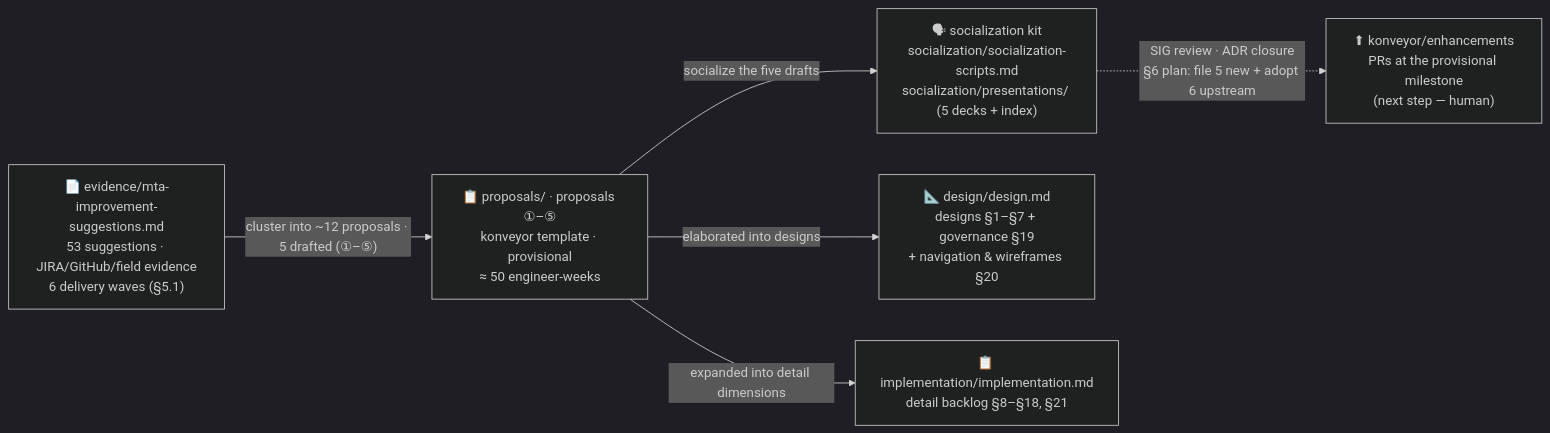
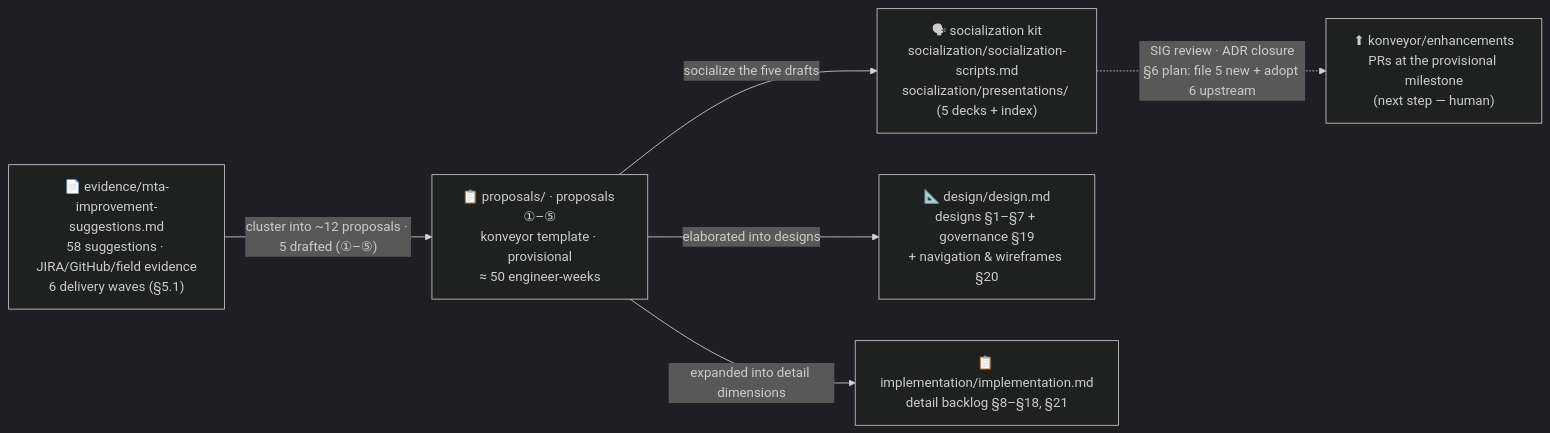
Before and after one commit to jcordes73/mta-enhancements: the diagram in README.md, drawn with Mermaid (dark theme). The commit also changed other lines of this file and 29 other files, not shown here.

````diff
--- a/README.md
+++ b/README.md
@@ -18,15 +18,15 @@
 ```mermaid
 flowchart LR
-    A["📄 evidence/mta-improvement-suggestions.md<br/>53 suggestions · JIRA/GitHub/field evidence<br/>6 delivery waves (§5.1)"]
+    A["📄 evidence/mta-improvement-suggestions.md<br/>58 suggestions · JIRA/GitHub/field evidence<br/>6 delivery waves (§5.1)"]
     C["📋 proposals/ · proposals ①–⑤<br/>konveyor template · provisional<br/>≈ 50 engineer-weeks"]
     D["🗣 socialization kit<br/>socialization/socialization-scripts.md<br/>socialization/presentations/ (5 decks + index)"]
     E["⬆ konveyor/enhancements<br/>PRs at the provisional milestone<br/>(next step — human)"]
     B["📐 design/design.md<br/>designs §1–§7 + governance §19<br/>+ navigation & wireframes §20"]
     B2["📋 implementation/implementation.md<br/>detail backlog §8–§18, §21"]
 
     A -->|"cluster into ~12 proposals · 5 drafted (①–⑤)"| C
     C -->|"elaborated into designs"| B
     C -->|"expanded into detail dimensions"| B2
     C -->|"socialize the five drafts"| D
     D -.->|"SIG review · ADR closure<br/>§6 plan: file 5 new + adopt 6 upstream"| E
 ```
````
